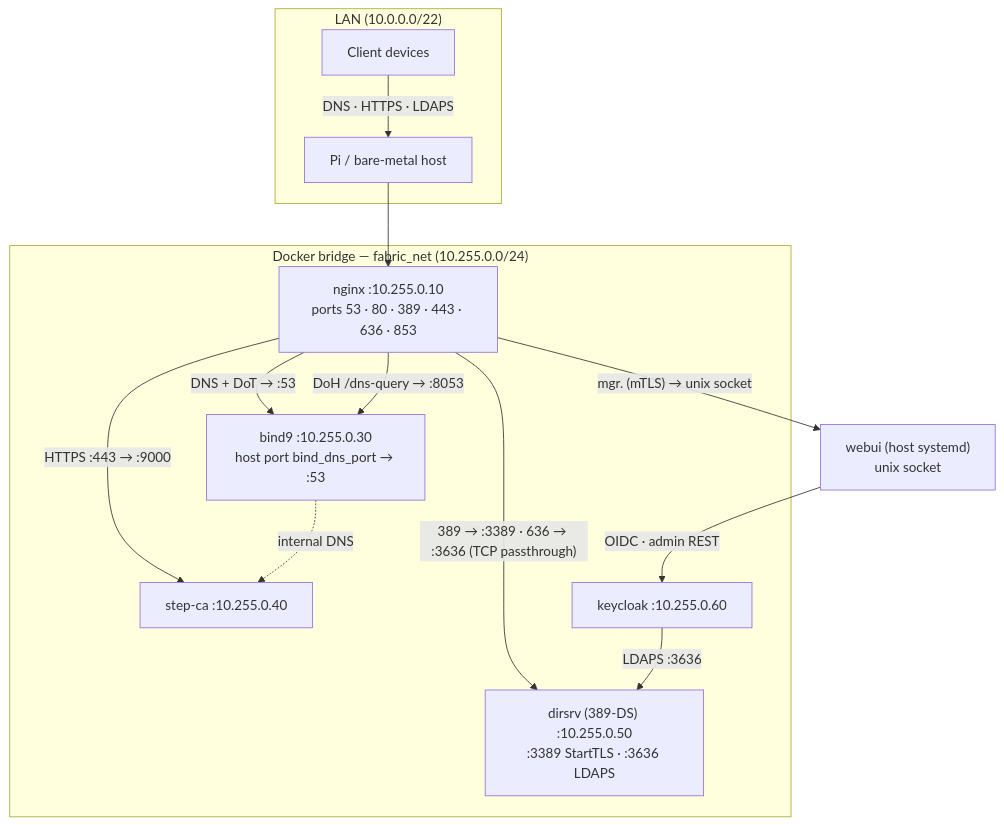
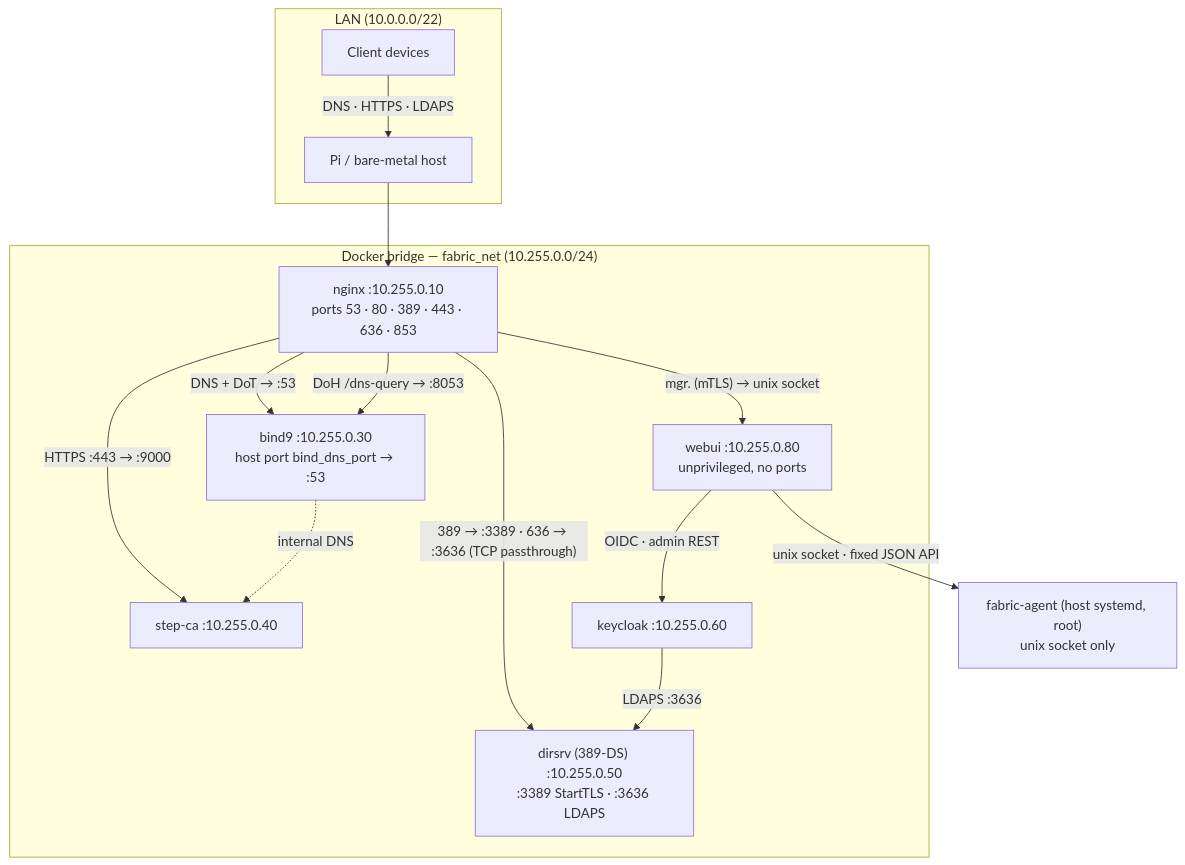
One commit to archdukejim/open-fabric changed the first of 3 diagrams in docs/architecture.md. Above: the diagram before and after it, drawn with Mermaid. The commit also changed other lines of this file and 32 other files, not shown here.

First line of the commit message:
feat: run the web UI in its own unprivileged container behind fabric-agent

````diff
--- a/docs/architecture.md
+++ b/docs/architecture.md
@@ -138,28 +142,30 @@
 ```mermaid
 graph TB
     subgraph LAN["LAN (10.0.0.0/22)"]
         CLIENT[Client devices]
         HOST[Pi / bare-metal host]
     end
 
     subgraph FABRIC["Docker bridge — fabric_net (10.255.0.0/24)"]
         NGINX["nginx :10.255.0.10\nports 53 · 80 · 389 · 443 · 636 · 853"]
         BIND9["bind9 :10.255.0.30\nhost port bind_dns_port → :53"]
         STEPCA["step-ca :10.255.0.40"]
         LDAP["dirsrv (389-DS) :10.255.0.50\n:3389 StartTLS · :3636 LDAPS"]
         KC["keycloak :10.255.0.60"]
+        WEB["webui :10.255.0.80\nunprivileged, no ports"]
     end
 
-    WEB["webui (host systemd)\nunix socket"]
+    AGENT["fabric-agent (host systemd, root)\nunix socket only"]
 
     CLIENT -->|"DNS · HTTPS · LDAPS"| HOST
     HOST --> NGINX
     NGINX -->|"DNS + DoT → :53"| BIND9
     NGINX -->|"DoH /dns-query → :8053"| BIND9
     NGINX -->|"389 → :3389 · 636 → :3636 (TCP passthrough)"| LDAP
     NGINX -->|"mgr.<domain> (mTLS) → unix socket"| WEB
     WEB -->|"OIDC · admin REST"| KC
+    WEB -->|"unix socket · fixed JSON API"| AGENT
     KC -->|"LDAPS :3636"| LDAP
     NGINX -->|"HTTPS :443 → :9000"| STEPCA
     BIND9 -.->|"internal DNS"| STEPCA
 ```
````
